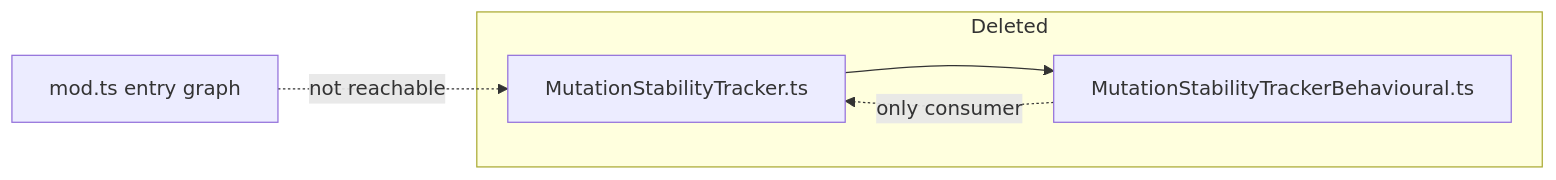
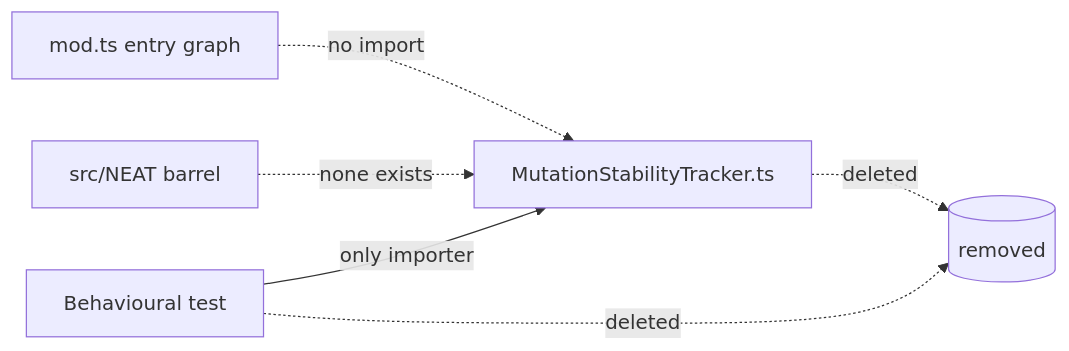
Before and after one commit to stSoftwareAU/NEAT-AI: the diagram in docs/archive/pr-summaries/pr-summary-3106.md, drawn with Mermaid. The commit also changed other lines of this file, not shown here.

````diff
--- a/docs/archive/pr-summaries/pr-summary-3106.md
+++ b/docs/archive/pr-summaries/pr-summary-3106.md
@@ -33,10 +27,8 @@
 ```mermaid
 flowchart LR
-    Entry[mod.ts entry graph] -. not reachable .-> Mod[MutationStabilityTracker.ts]
-    Mod --> Test[MutationStabilityTrackerBehavioural.ts]
-    Test -. only consumer .-> Mod
-    subgraph Deleted
-      Mod
-      Test
-    end
+    mod[mod.ts entry graph] -. no import .-> M
+    barrel[src/NEAT barrel] -. none exists .-> M
+    test[Behavioural test] -- only importer --> M[MutationStabilityTracker.ts]
+    M -.->|deleted| X[(removed)]
+    test -.->|deleted| X
 ```
````
